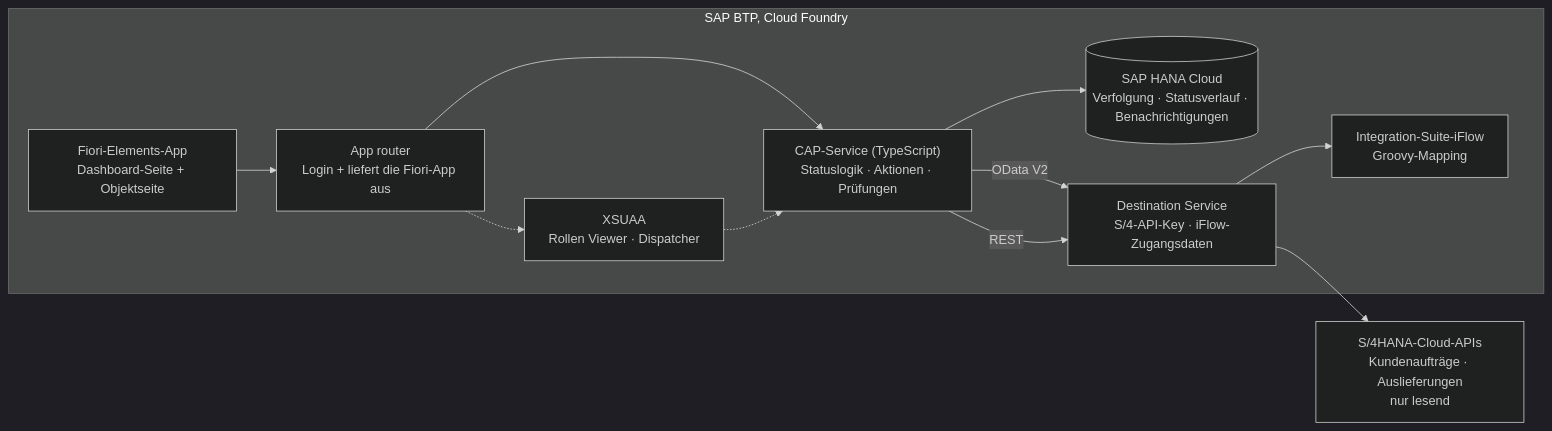
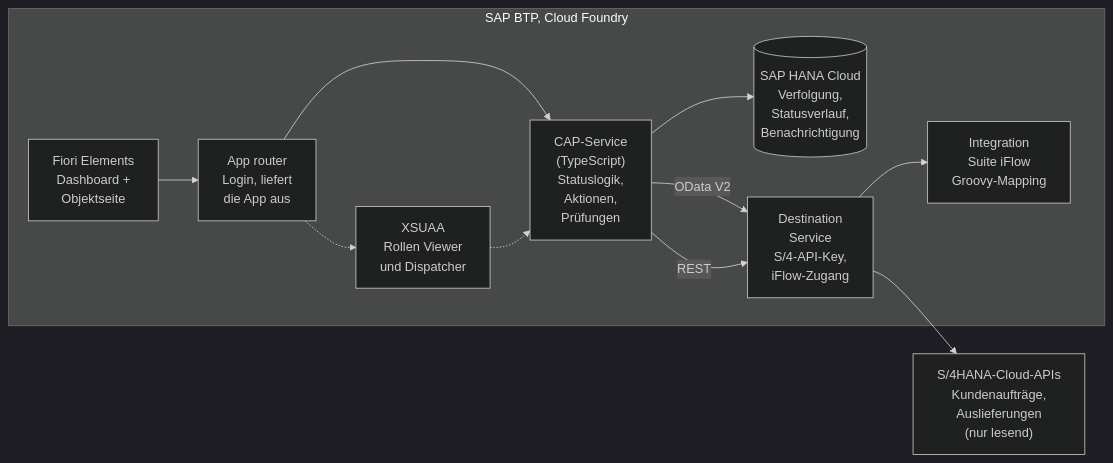
The diagram in README.md (nizeyimanaissa-hub/lieferstatus-hub), drawn with Mermaid (dark theme) before and after one commit.

````diff
--- a/README.md
+++ b/README.md
@@ -34,20 +34,20 @@
 ```mermaid
 flowchart LR
   subgraph BTP["SAP BTP, Cloud Foundry"]
-    AR["App router<br/>Login + liefert die Fiori-App aus"]
-    FE["Fiori-Elements-App<br/>Dashboard-Seite + Objektseite"]
-    SRV["CAP-Service (TypeScript)<br/>Statuslogik · Aktionen · Prüfungen"]
-    DB[("SAP HANA Cloud<br/>Verfolgung · Statusverlauf · Benachrichtigungen")]
-    XS["XSUAA<br/>Rollen Viewer · Dispatcher"]
-    DEST["Destination Service<br/>S/4-API-Key · iFlow-Zugangsdaten"]
-    IFLOW["Integration-Suite-iFlow<br/>Groovy-Mapping"]
+    FE["Fiori Elements<br/>Dashboard +<br/>Objektseite"]
+    AR["App router<br/>Login, liefert<br/>die App aus"]
+    SRV["CAP-Service<br/>(TypeScript)<br/>Statuslogik,<br/>Aktionen,<br/>Prüfungen"]
+    DB[("SAP HANA Cloud<br/>Verfolgung,<br/>Statusverlauf,<br/>Benachrichtigung")]
+    XS["XSUAA<br/>Rollen Viewer<br/>und Dispatcher"]
+    DEST["Destination<br/>Service<br/>S/4-API-Key,<br/>iFlow-Zugang"]
+    IFLOW["Integration<br/>Suite iFlow<br/>Groovy-Mapping"]
   end
-  S4["S/4HANA-Cloud-APIs<br/>Kundenaufträge · Auslieferungen<br/>nur lesend"]
+  S4["S/4HANA-Cloud-APIs<br/>Kundenaufträge,<br/>Auslieferungen<br/>(nur lesend)"]
 
   FE --> AR --> SRV
   AR -.-> XS
   SRV --> DB
   SRV -- "OData V2" --> DEST --> S4
   SRV -- "REST" --> DEST --> IFLOW
   XS -.-> SRV
 ```
````
